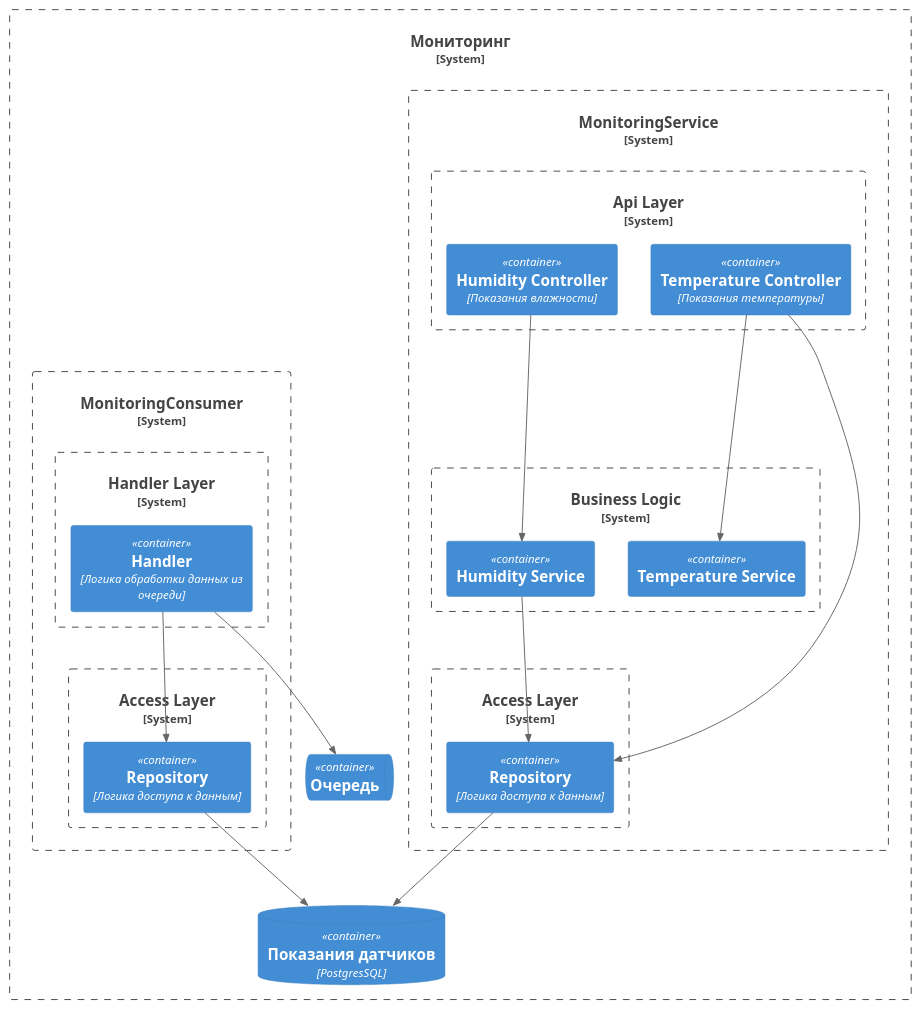
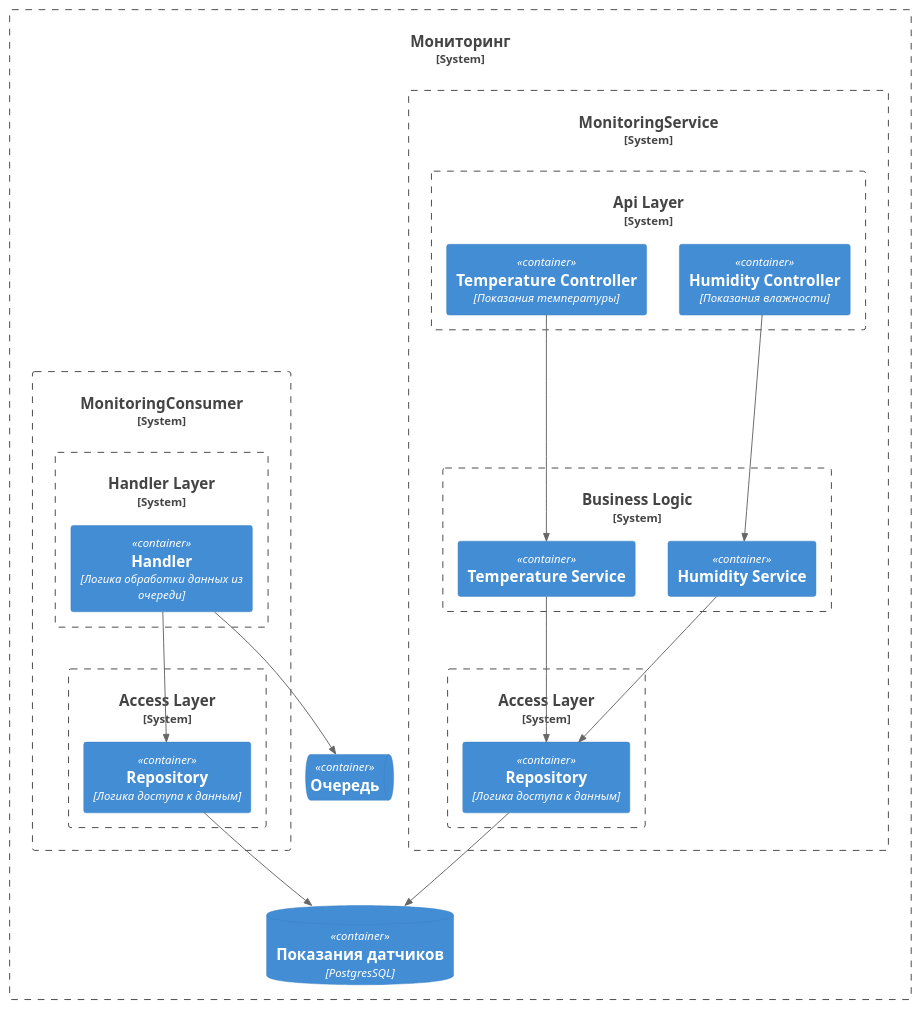
The diagram in schemas/TO-BE/c3_MonitoringService.puml (vladimir-kulgun/architecture-pro-warmhouse), drawn with PlantUML before and after one commit. The commit also changed 2 other files, not shown here.

Commit message:
c4_MonitoringService

```diff
--- a/schemas/TO-BE/c3_MonitoringService.puml
+++ b/schemas/TO-BE/c3_MonitoringService.puml
@@ -1,47 +1,47 @@
 @startuml
 !include https://raw.githubusercontent.com/plantuml-stdlib/C4-PlantUML/master/C4_Container.puml
 
 System_Boundary(be, "Мониторинг") {
   System_Boundary(service, "MonitoringService") {
     System_Boundary(api, "Api Layer") {
       Container(temperatureController, "Temperature Controller", "Показания температуры")
       Container(humidityController, "Humidity Controller", "Показания влажности")
     }
 
     System_Boundary(busnessLogic, "Business Logic") {
       Container(temperatureService, "Temperature Service", "")
       Container(humidityService, "Humidity Service", "")
     }
 
     System_Boundary(access1, "Access Layer") {
       Container(repository1, "Repository", "Логика доступа к данным")
     }
   }
 
   System_Boundary(consumer, "MonitoringConsumer") {
     System_Boundary(handlerLogic, "Handler Layer") {
       Container(handler, "Handler", "Логика обработки данных из очереди")
     }
 
     System_Boundary(access2, "Access Layer") {
       Container(repository2, "Repository", "Логика доступа к данным")
     }
   }
 
   ContainerDb(db, "Показания датчиков", "PostgresSQL")
   ContainerQueue(que_kafka, "Очередь", "")
 }
 
 Rel(temperatureController, temperatureService, "")
-Rel(temperatureController, repository1, "")
+Rel(temperatureService, repository1, "")
 
 Rel(humidityController, humidityService, "")
 Rel(humidityService, repository1, "")
 
 Rel(repository1, db, "")
 Rel(repository2, db, "")
 
 Rel(handler, repository2, "")
 Rel(handler, que_kafka, "")
 
 @enduml
```
